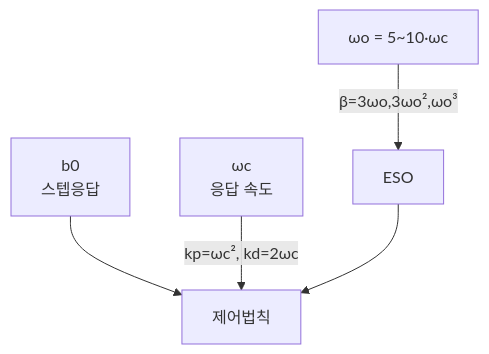
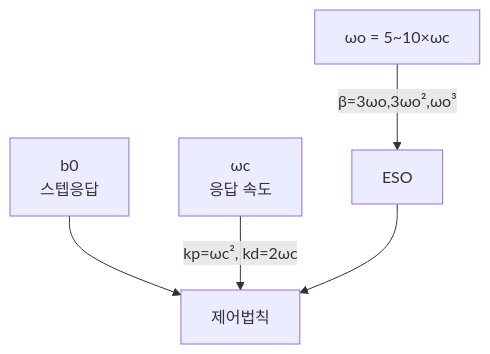
One commit to genie4youu/genie4youu.github.io changed the diagram in _posts/adrc/2026-07-21-07-controller-bandwidth.md. Above: the diagram before and after it, drawn with Mermaid. The commit also changed other lines of this file and 100 other files, not shown here.

````diff
--- a/_posts/adrc/2026-07-21-07-controller-bandwidth.md
+++ b/_posts/adrc/2026-07-21-07-controller-bandwidth.md
@@ -63,7 +63,7 @@
 ```mermaid
 flowchart TD
     B0["b0<br/>스텝응답"] --> U["제어법칙"]
     WC["ωc<br/>응답 속도"] -->|kp=ωc², kd=2ωc| U
-    WO["ωo = 5~10·ωc"] -->|β=3ωo,3ωo²,ωo³| ESO["ESO"]
+    WO["ωo = 5~10×ωc"] -->|β=3ωo,3ωo²,ωo³| ESO["ESO"]
     ESO --> U
 ```
````
